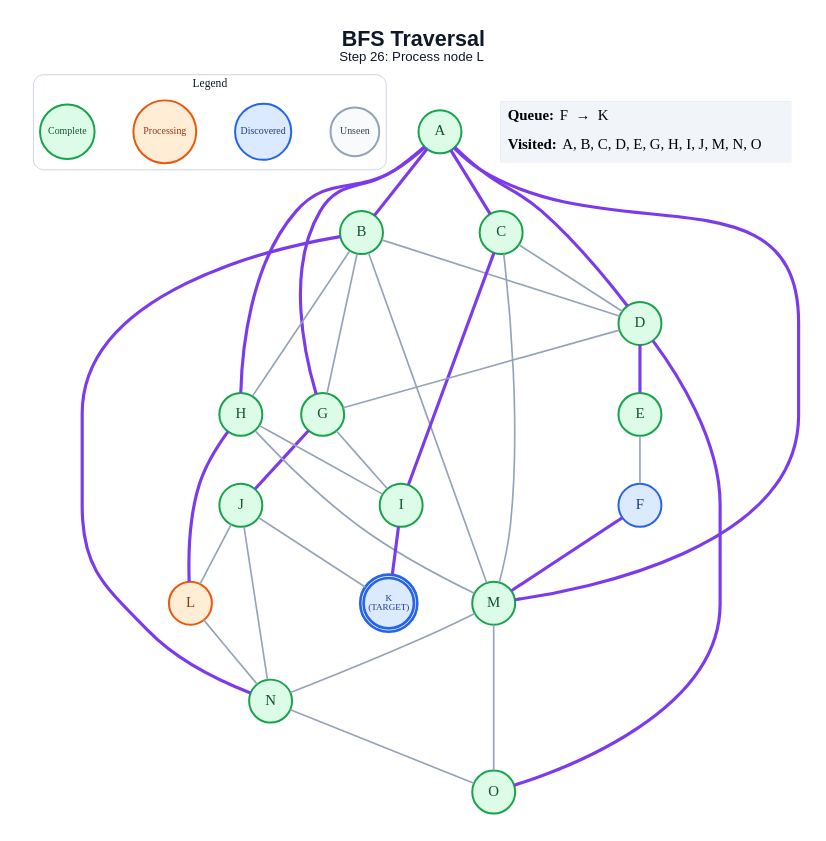
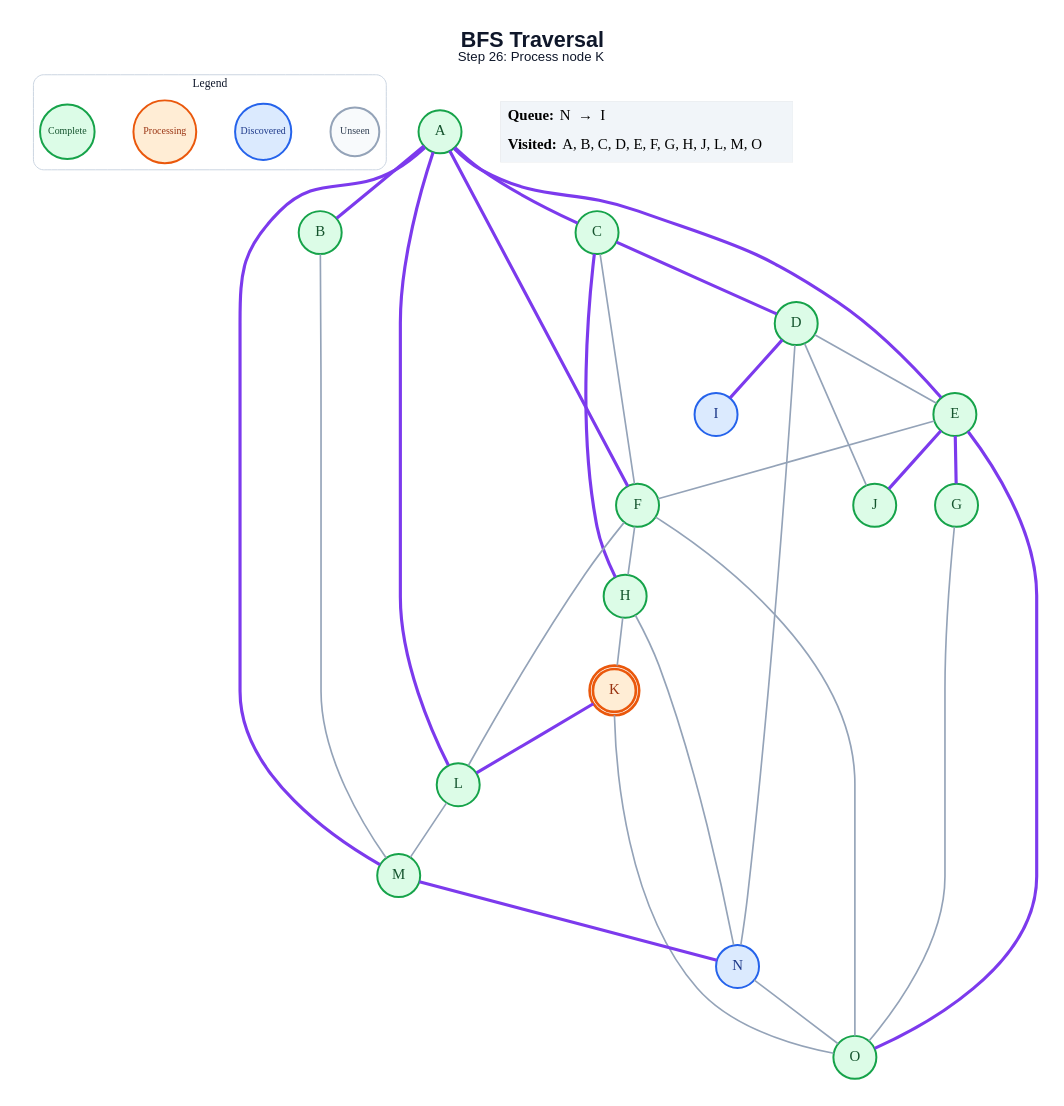
Before and after one commit to anon7238593-create/ai-slop: the diagram in generated/bfs/step_26.dot, drawn with Graphviz. The commit also changed 307 other files, not shown here.

```diff
--- a/generated/bfs/step_26.dot
+++ b/generated/bfs/step_26.dot
@@ -1,66 +1,63 @@
 graph traversal {
   graph [layout=dot, rankdir=TB, bgcolor="#FFFFFF", pad="0.35", nodesep="0.65", ranksep="0.8", fontname="Arial"];
   node [shape=circle, style="filled", fontname="Arial Bold", fontsize=18, width=0.72, fixedsize=true, penwidth=2.4];
   edge [color="#94A3B8", penwidth=2.0];
-  label=<<B>BFS Traversal</B><BR/><FONT POINT-SIZE="16">Step 26: Process node L</FONT>>; labelloc="t"; fontsize=26; fontname="Arial"; fontcolor="#0F172A";
+  label=<<B>BFS Traversal</B><BR/><FONT POINT-SIZE="16">Step 26: Process node K</FONT>>; labelloc="t"; fontsize=26; fontname="Arial"; fontcolor="#0F172A";
   subgraph cluster_legend { label="Legend"; color="#CBD5E1"; penwidth=1.2; style="rounded"; fontsize=14; fontname="Arial Bold";
     key_unseen [label="Unseen", fillcolor="#F8FAFC", color="#94A3B8", fontcolor="#334155", fontsize=12, width=0.82];
     key_frontier [label="Discovered", fillcolor="#DBEAFE", color="#2563EB", fontcolor="#1E3A8A", fontsize=12, width=0.95];
     key_current [label="Processing", fillcolor="#FFEDD5", color="#EA580C", fontcolor="#9A3412", fontsize=12, width=1.05];
     key_done [label="Complete", fillcolor="#DCFCE7", color="#16A34A", fontcolor="#14532D", fontsize=12, width=0.92];
     { rank=same; key_unseen; key_frontier; key_current; key_done; }
   }
   A [label="A", fillcolor="#DCFCE7", color="#16A34A", fontcolor="#14532D", peripheries=1, penwidth=2.4];
   B [label="B", fillcolor="#DCFCE7", color="#16A34A", fontcolor="#14532D", peripheries=1, penwidth=2.4];
   C [label="C", fillcolor="#DCFCE7", color="#16A34A", fontcolor="#14532D", peripheries=1, penwidth=2.4];
   D [label="D", fillcolor="#DCFCE7", color="#16A34A", fontcolor="#14532D", peripheries=1, penwidth=2.4];
   E [label="E", fillcolor="#DCFCE7", color="#16A34A", fontcolor="#14532D", peripheries=1, penwidth=2.4];
-  F [label="F", fillcolor="#DBEAFE", color="#2563EB", fontcolor="#1E3A8A", peripheries=1, penwidth=2.4];
+  F [label="F", fillcolor="#DCFCE7", color="#16A34A", fontcolor="#14532D", peripheries=1, penwidth=2.4];
   G [label="G", fillcolor="#DCFCE7", color="#16A34A", fontcolor="#14532D", peripheries=1, penwidth=2.4];
   H [label="H", fillcolor="#DCFCE7", color="#16A34A", fontcolor="#14532D", peripheries=1, penwidth=2.4];
-  I [label="I", fillcolor="#DCFCE7", color="#16A34A", fontcolor="#14532D", peripheries=1, penwidth=2.4];
+  I [label="I", fillcolor="#DBEAFE", color="#2563EB", fontcolor="#1E3A8A", peripheries=1, penwidth=2.4];
   J [label="J", fillcolor="#DCFCE7", color="#16A34A", fontcolor="#14532D", peripheries=1, penwidth=2.4];
-  K [label="K\n(TARGET)", fillcolor="#DBEAFE", color="#2563EB", fontcolor="#1E3A8A", peripheries=2, penwidth=3.2, fontsize=11, width=0.85, height=0.85];
-  L [label="L", fillcolor="#FFEDD5", color="#EA580C", fontcolor="#9A3412", peripheries=1, penwidth=2.4];
+  K [label="K", fillcolor="#FFEDD5", color="#EA580C", fontcolor="#9A3412", peripheries=2, penwidth=3.2];
+  L [label="L", fillcolor="#DCFCE7", color="#16A34A", fontcolor="#14532D", peripheries=1, penwidth=2.4];
   M [label="M", fillcolor="#DCFCE7", color="#16A34A", fontcolor="#14532D", peripheries=1, penwidth=2.4];
-  N [label="N", fillcolor="#DCFCE7", color="#16A34A", fontcolor="#14532D", peripheries=1, penwidth=2.4];
+  N [label="N", fillcolor="#DBEAFE", color="#2563EB", fontcolor="#1E3A8A", peripheries=1, penwidth=2.4];
   O [label="O", fillcolor="#DCFCE7", color="#16A34A", fontcolor="#14532D", peripheries=1, penwidth=2.4];
   A -- B [color="#7C3AED", penwidth=3.8];
   A -- C [color="#7C3AED", penwidth=3.8];
-  A -- D [color="#7C3AED", penwidth=3.8];
-  A -- G [color="#7C3AED", penwidth=3.8];
-  A -- H [color="#7C3AED", penwidth=3.8];
+  A -- E [color="#7C3AED", penwidth=3.8];
+  A -- F [color="#7C3AED", penwidth=3.8];
+  A -- L [color="#7C3AED", penwidth=3.8];
   A -- M [color="#7C3AED", penwidth=3.8];
-  B -- D;
-  B -- G;
-  B -- H;
   B -- M;
-  B -- N [color="#7C3AED", penwidth=3.8];
-  C -- D;
-  C -- I [color="#7C3AED", penwidth=3.8];
-  C -- M;
-  D -- E [color="#7C3AED", penwidth=3.8];
-  D -- G;
-  D -- O [color="#7C3AED", penwidth=3.8];
+  C -- D [color="#7C3AED", penwidth=3.8];
+  C -- F;
+  C -- H [color="#7C3AED", penwidth=3.8];
+  D -- E;
+  D -- I [color="#7C3AED", penwidth=3.8];
+  D -- J;
+  D -- N;
   E -- F;
-  F -- M [color="#7C3AED", penwidth=3.8];
-  G -- I;
-  G -- J [color="#7C3AED", penwidth=3.8];
-  H -- I;
-  H -- L [color="#7C3AED", penwidth=3.8];
-  H -- M;
-  I -- K [color="#7C3AED", penwidth=3.8];
-  J -- K;
-  J -- L;
-  J -- N;
-  L -- N;
-  M -- N;
-  M -- O;
+  E -- G [color="#7C3AED", penwidth=3.8];
+  E -- J [color="#7C3AED", penwidth=3.8];
+  E -- O [color="#7C3AED", penwidth=3.8];
+  F -- H;
+  F -- L;
+  F -- O;
+  G -- O;
+  H -- K;
+  H -- N;
+  K -- L [color="#7C3AED", penwidth=3.8];
+  K -- O;
+  L -- M;
+  M -- N [color="#7C3AED", penwidth=3.8];
   N -- O;
   status [shape=plain, fixedsize=false, width=0, height=0, margin=0, label=<
     <TABLE BORDER="0" CELLBORDER="0" CELLPADDING="7" BGCOLOR="#F1F5F9">
-      <TR><TD ALIGN="LEFT"><B>Queue:</B> F  →  K</TD></TR>
-      <TR><TD ALIGN="LEFT"><B>Visited:</B> A, B, C, D, E, G, H, I, J, M, N, O</TD></TR>
+      <TR><TD ALIGN="LEFT"><B>Queue:</B> N  →  I</TD></TR>
+      <TR><TD ALIGN="LEFT"><B>Visited:</B> A, B, C, D, E, F, G, H, J, L, M, O</TD></TR>
     </TABLE>
   >];
 }
```
